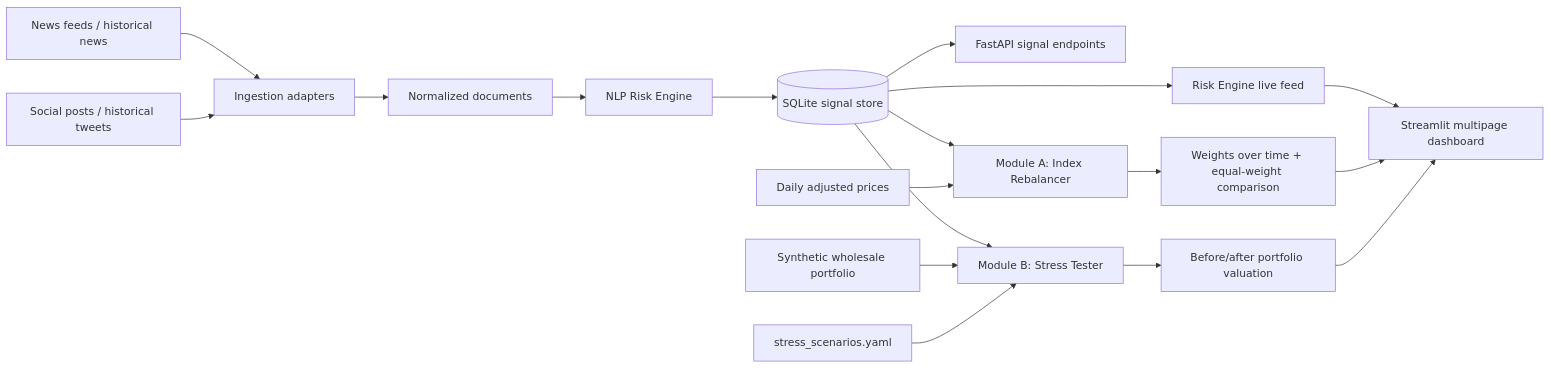
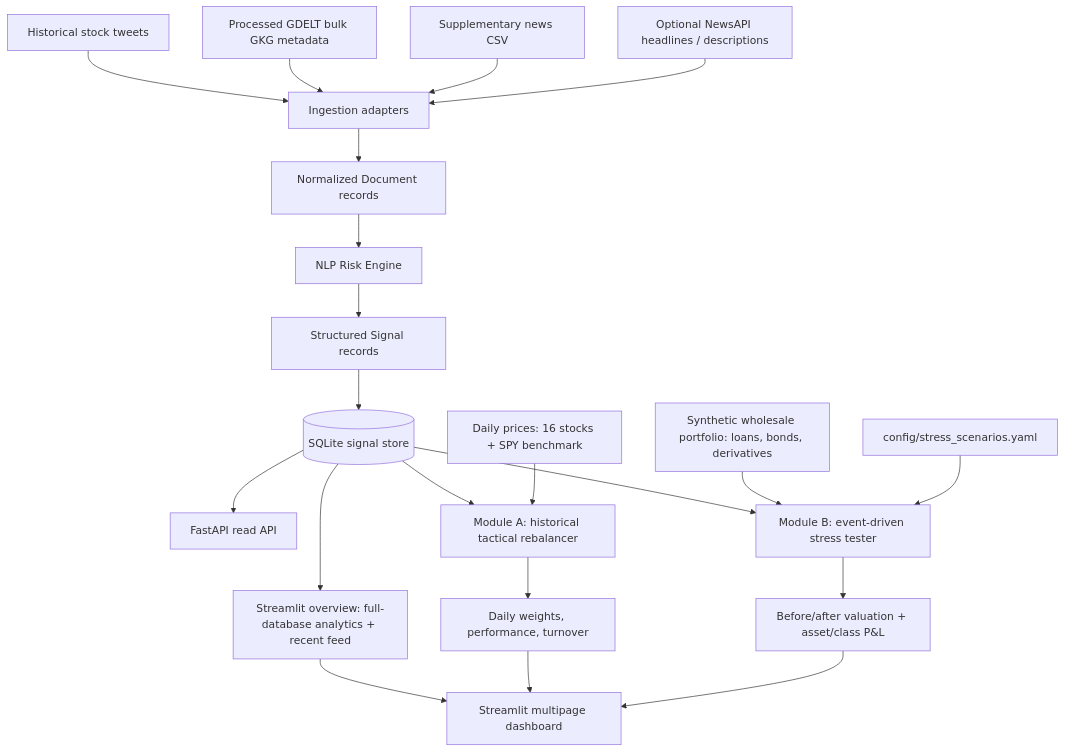
One commit to Aniket-SS/abv-iiitm-gwalior-aniket-sonawane-hackathon changed the diagram in docs/architecture.md. Above: the diagram before and after it, drawn with Mermaid. The commit also changed other lines of this file and 10 other files, not shown here.

Commit message:
improve dashboard analytics, update REAMDE

````diff
--- a/docs/architecture.md
+++ b/docs/architecture.md
@@ -3,20 +5,23 @@
 ```mermaid
-flowchart LR
-    A[News feeds / historical news] --> B[Ingestion adapters]
-    C[Social posts / historical tweets] --> B
-    B --> D[Normalized documents]
-    D --> E[NLP Risk Engine]
-    E --> F[(SQLite signal store)]
-    F --> G[FastAPI signal endpoints]
-    F --> H[Risk Engine live feed]
-    F --> I[Module A: Index Rebalancer]
-    J[Daily adjusted prices] --> I
-    I --> K[Weights over time + equal-weight comparison]
-    F --> L[Module B: Stress Tester]
-    M[Synthetic wholesale portfolio] --> L
-    N[stress_scenarios.yaml] --> L
-    L --> O[Before/after portfolio valuation]
-    H --> P[Streamlit multipage dashboard]
-    K --> P
-    O --> P
+flowchart TD
+    A[Historical stock tweets] --> D[Ingestion adapters]
+    B[Processed GDELT bulk GKG metadata] --> D
+    C[Supplementary news CSV] --> D
+    N[Optional NewsAPI headlines / descriptions] --> D
+    D --> E[Normalized Document records]
+    E --> F[NLP Risk Engine]
+    F --> G[Structured Signal records]
+    G --> H[(SQLite signal store)]
+    H --> I[FastAPI read API]
+    H --> J[Streamlit overview: full-database analytics + recent feed]
+    H --> K[Module A: historical tactical rebalancer]
+    L[Daily prices: 16 stocks + SPY benchmark] --> K
+    K --> M[Daily weights, performance, turnover]
+    H --> O[Module B: event-driven stress tester]
+    P[Synthetic wholesale portfolio: loans, bonds, derivatives] --> O
+    Q[config/stress_scenarios.yaml] --> O
+    O --> R[Before/after valuation + asset/class P&L]
+    J --> S[Streamlit multipage dashboard]
+    M --> S
+    R --> S
 ```
````
